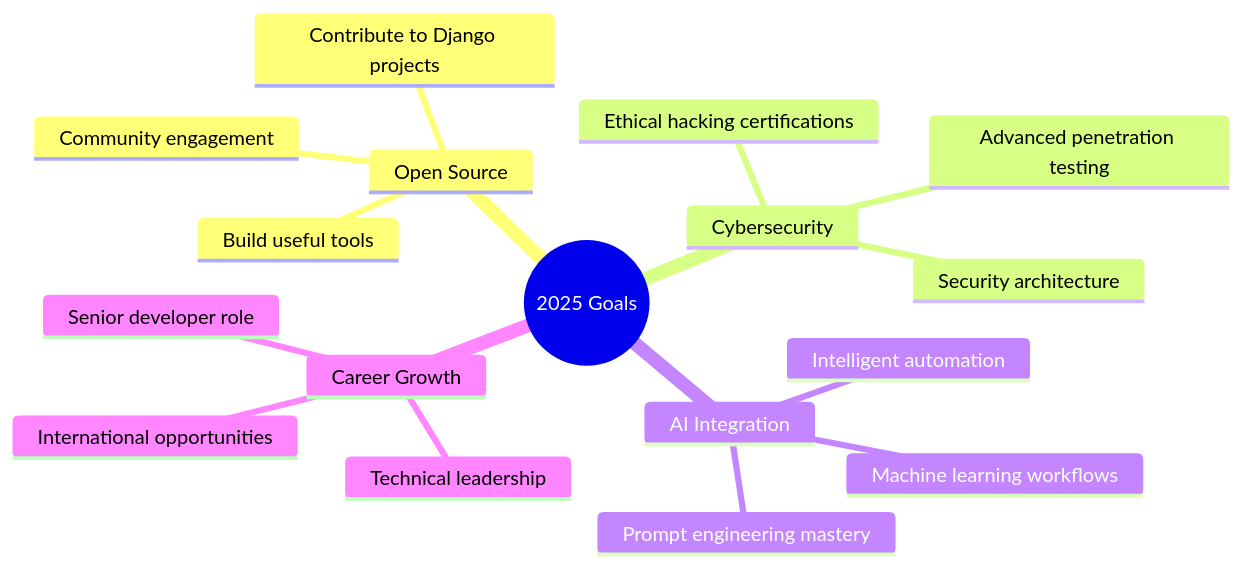
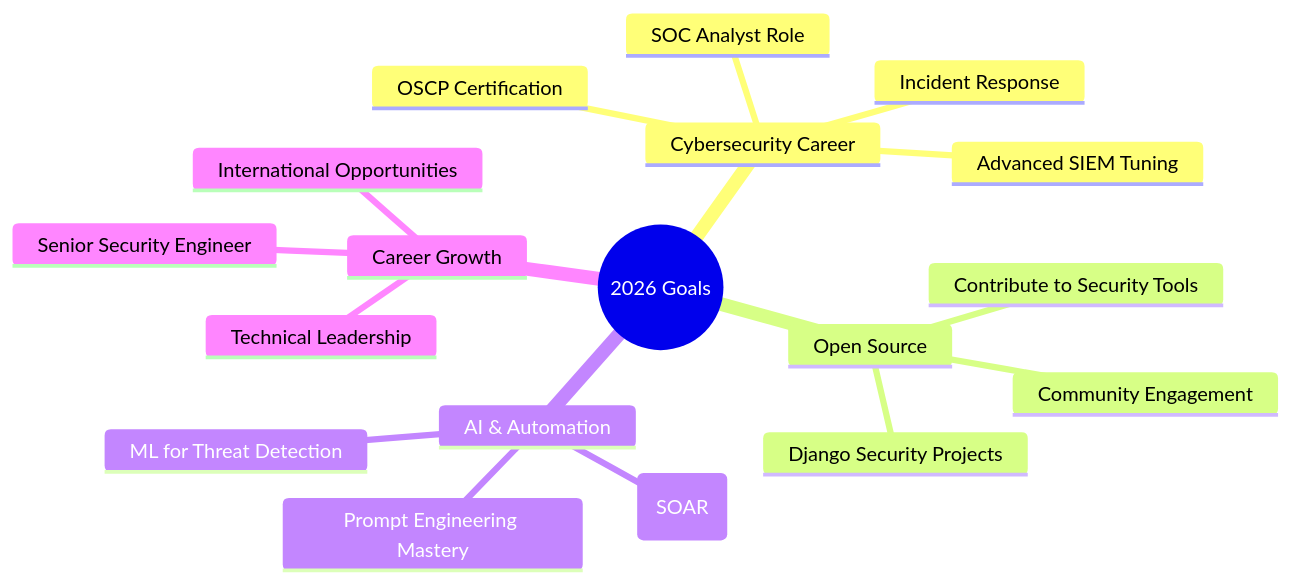
One commit to MohammedAbd01/MohammedAbd01 changed the third of 3 diagrams in README.md. Above: the diagram before and after it, drawn with Mermaid. The commit also changed other lines of this file, not shown here.

````diff
--- a/README.md
+++ b/README.md
@@ -339,20 +561,21 @@
 ```mermaid
 mindmap
-  root((2025 Goals))
+  root((2026 Goals))
+    Cybersecurity Career
+      SOC Analyst Role
+      Advanced SIEM Tuning
+      Incident Response
+      OSCP Certification
     Open Source
-      Contribute to Django projects
-      Build useful tools
-      Community engagement
-    Cybersecurity
-      Advanced penetration testing
-      Security architecture
-      Ethical hacking certifications
-    AI Integration
-      Machine learning workflows
-      Intelligent automation
-      Prompt engineering mastery
+      Contribute to Security Tools
+      Django Security Projects
+      Community Engagement
+    AI & Automation
+      Security Automation (SOAR)
+      ML for Threat Detection
+      Prompt Engineering Mastery
     Career Growth
-      Senior developer role
-      Technical leadership
-      International opportunities
+      Senior Security Engineer
+      Technical Leadership
+      International Opportunities
 ```
````
